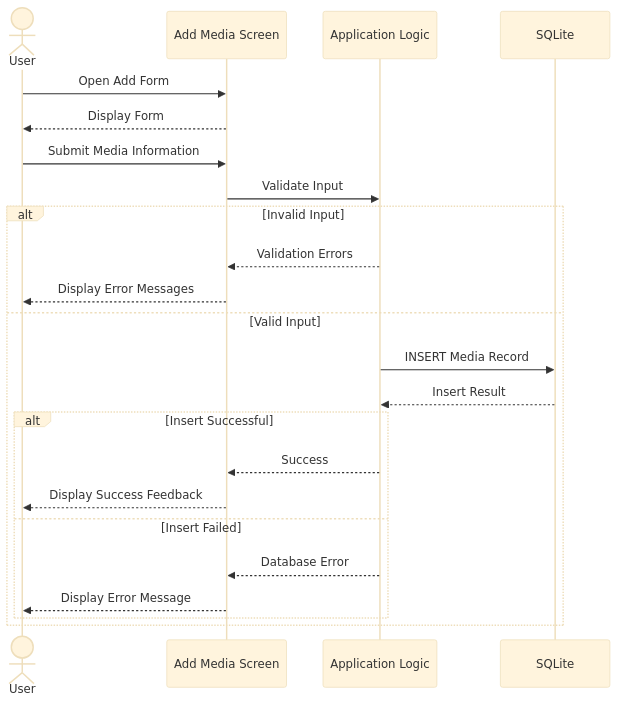
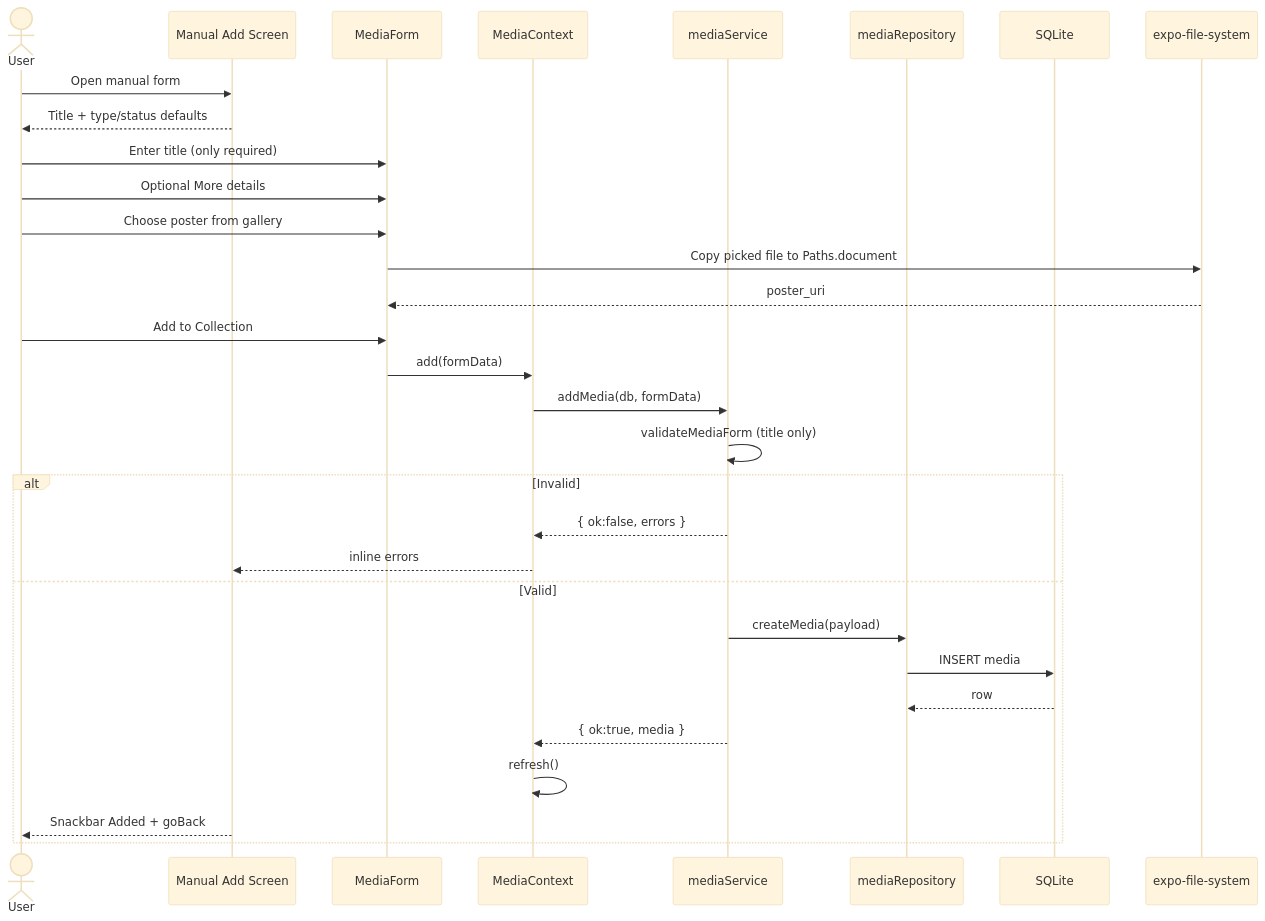
Before and after one commit to Aldo-Kristian/CineTrack: the second of 6 diagrams in docs/08-sequence-diagrams.md, drawn with Mermaid (base theme). The commit also changed other lines of this file and 17 other files, not shown here.

````diff
--- a/docs/08-sequence-diagrams.md
+++ b/docs/08-sequence-diagrams.md
@@ -21,26 +95,34 @@
 ```mermaid
 sequenceDiagram
     actor User
-    participant UI as Add Media Screen
-    participant Logic as Application Logic
+    participant Screen as Manual Add Screen
+    participant Form as MediaForm
+    participant Context as MediaContext
+    participant Service as mediaService
+    participant Repo as mediaRepository
     participant DB as SQLite
+    participant FS as expo-file-system
 
-    User->>UI: Open Add Form
-    UI-->>User: Display Form
-    User->>UI: Submit Media Information
-    UI->>Logic: Validate Input
-    alt Invalid Input
-        Logic-->>UI: Validation Errors
-        UI-->>User: Display Error Messages
-    else Valid Input
-        Logic->>DB: INSERT Media Record
-        DB-->>Logic: Insert Result
-        alt Insert Successful
-            Logic-->>UI: Success
-            UI-->>User: Display Success Feedback
-        else Insert Failed
-            Logic-->>UI: Database Error
-            UI-->>User: Display Error Message
-        end
+    User->>Screen: Open manual form
+    Screen-->>User: Title + type/status defaults
+    User->>Form: Enter title (only required)
+    User->>Form: Optional More details
+    User->>Form: Choose poster from gallery
+    Form->>FS: Copy picked file to Paths.document
+    FS-->>Form: poster_uri
+    User->>Form: Add to Collection
+    Form->>Context: add(formData)
+    Context->>Service: addMedia(db, formData)
+    Service->>Service: validateMediaForm (title only)
+    alt Invalid
+        Service-->>Context: { ok:false, errors }
+        Context-->>Screen: inline errors
+    else Valid
+        Service->>Repo: createMedia(payload)
+        Repo->>DB: INSERT media
+        DB-->>Repo: row
+        Service-->>Context: { ok:true, media }
+        Context->>Context: refresh()
+        Screen-->>User: Snackbar Added + goBack
     end
 ```
````
